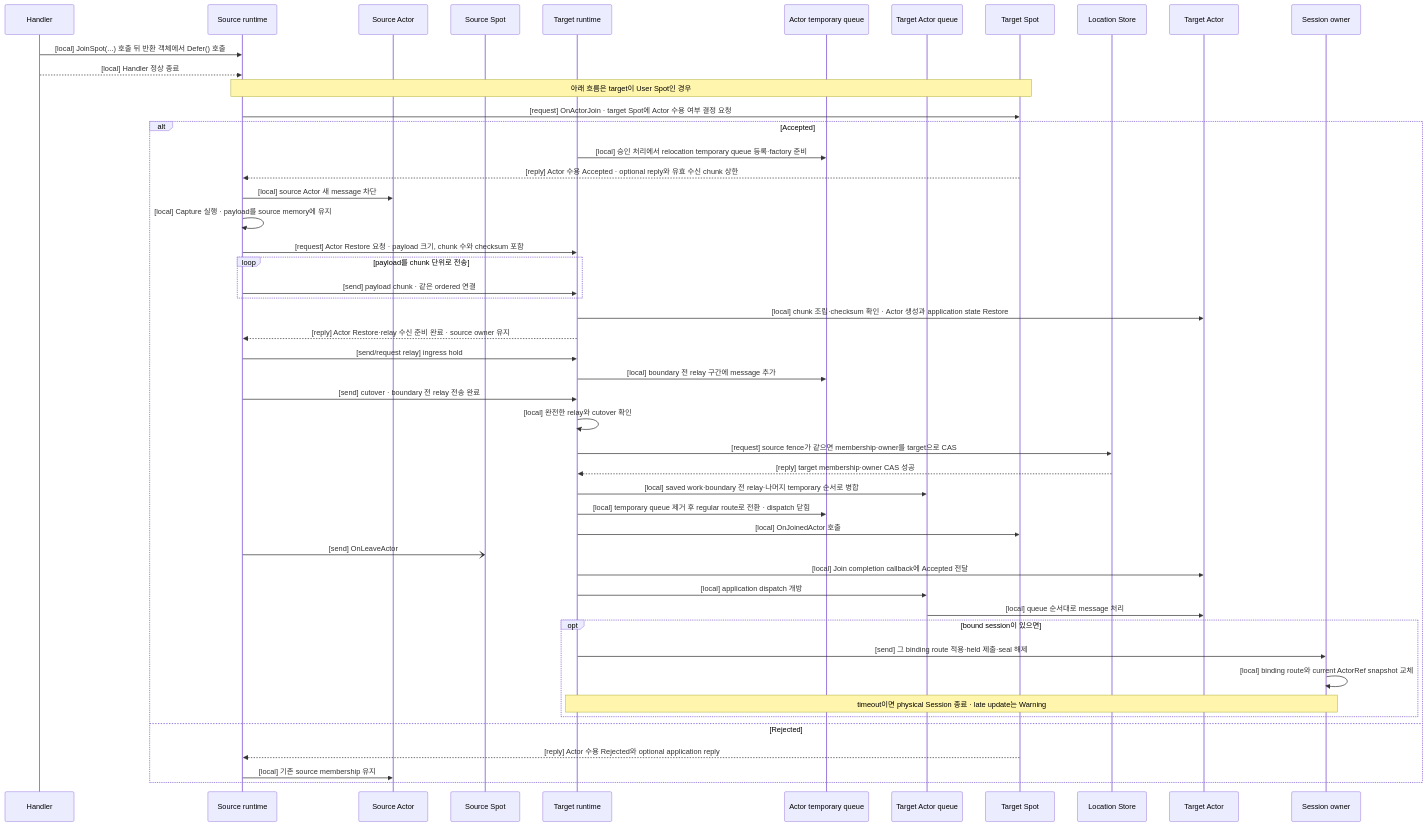
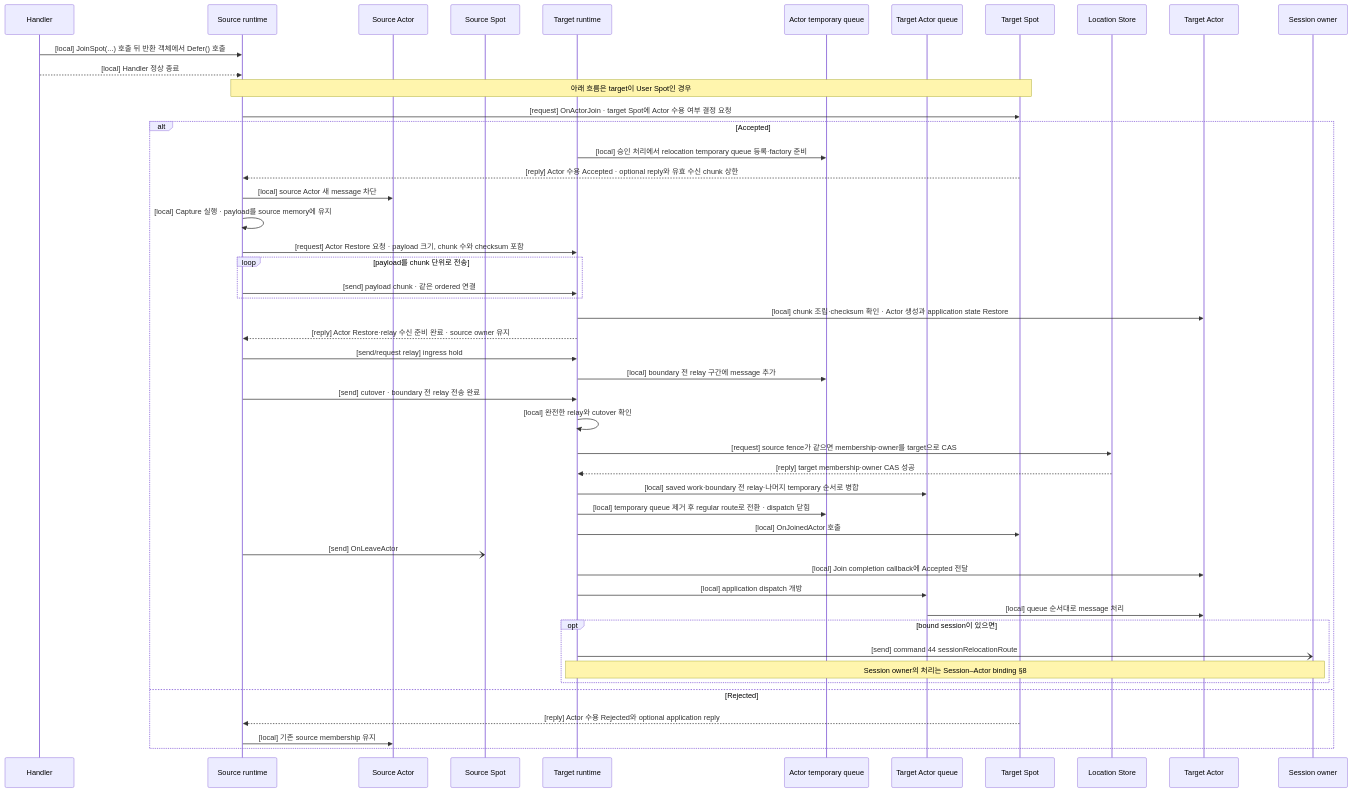
One commit to zlink-systems/zlink changed the second of 3 diagrams in framework/doc/framework/common/spec/server/03-spot-actor/05-spot-actor-membership.ko.md. Above: the diagram before and after it, drawn with Mermaid. The commit also changed other lines of this file and 11 other files, not shown here.

````diff
--- a/framework/doc/framework/common/spec/server/03-spot-actor/05-spot-actor-membership.ko.md
+++ b/framework/doc/framework/common/spec/server/03-spot-actor/05-spot-actor-membership.ko.md
@@ -509,52 +506,51 @@
 ```mermaid
 sequenceDiagram
     participant Handler
     participant SourceRuntime as Source runtime
     participant SourceActor as Source Actor
     participant SourceSpot as Source Spot
     participant TargetRuntime as Target runtime
     participant TargetTemp as Actor temporary queue
     participant TargetQueue as Target Actor queue
     participant TargetSpot as Target Spot
     participant LocationStore as Location Store
     participant TargetActor as Target Actor
     participant SessionOwner as Session owner
 
     Handler->>SourceRuntime: [local] JoinSpot(...) 호출 뒤 반환 객체에서 Defer() 호출
     Handler-->>SourceRuntime: [local] Handler 정상 종료
     Note over SourceRuntime,TargetSpot: 아래 흐름은 target이 User Spot인 경우
     SourceRuntime->>TargetSpot: [request] OnActorJoin · target Spot에 Actor 수용 여부 결정 요청
     alt Accepted
         TargetRuntime->>TargetTemp: [local] 승인 처리에서 relocation temporary queue 등록·factory 준비
         TargetSpot-->>SourceRuntime: [reply] Actor 수용 Accepted · optional reply와 유효 수신 chunk 상한
         SourceRuntime->>SourceActor: [local] source Actor 새 message 차단
         SourceRuntime->>SourceRuntime: [local] Capture 실행 · payload를 source memory에 유지
         SourceRuntime->>TargetRuntime: [request] Actor Restore 요청 · payload 크기, chunk 수와 checksum 포함
         loop payload를 chunk 단위로 전송
             SourceRuntime->>TargetRuntime: [send] payload chunk · 같은 ordered 연결
         end
         TargetRuntime->>TargetActor: [local] chunk 조립·checksum 확인 · Actor 생성과 application state Restore
         TargetRuntime-->>SourceRuntime: [reply] Actor Restore·relay 수신 준비 완료 · source owner 유지
         SourceRuntime->>TargetRuntime: [send/request relay] ingress hold
         TargetRuntime->>TargetTemp: [local] boundary 전 relay 구간에 message 추가
         SourceRuntime->>TargetRuntime: [send] cutover · boundary 전 relay 전송 완료
         TargetRuntime->>TargetRuntime: [local] 완전한 relay와 cutover 확인
         TargetRuntime->>LocationStore: [request] source fence가 같으면 membership·owner를 target으로 CAS
         LocationStore-->>TargetRuntime: [reply] target membership·owner CAS 성공
         TargetRuntime->>TargetQueue: [local] saved work·boundary 전 relay·나머지 temporary 순서로 병합
         TargetRuntime->>TargetTemp: [local] temporary queue 제거 후 regular route로 전환 · dispatch 닫힘
         TargetRuntime->>TargetSpot: [local] OnJoinedActor 호출
         SourceRuntime-)SourceSpot: [send] OnLeaveActor
         TargetRuntime->>TargetActor: [local] Join completion callback에 Accepted 전달
         TargetRuntime->>TargetQueue: [local] application dispatch 개방
         TargetQueue->>TargetActor: [local] queue 순서대로 message 처리
         opt bound session이 있으면
-            TargetRuntime->>SessionOwner: [send] 그 binding route 적용·held 제출·seal 해제
-            SessionOwner->>SessionOwner: [local] binding route와 current ActorRef snapshot 교체
-            Note over TargetRuntime,SessionOwner: timeout이면 physical Session 종료 · late update는 Warning
+            TargetRuntime-)SessionOwner: [send] command 44 sessionRelocationRoute
+            Note over TargetRuntime,SessionOwner: Session owner의 처리는 Session–Actor binding §8
         end
     else Rejected
         TargetSpot-->>SourceRuntime: [reply] Actor 수용 Rejected와 optional application reply
         SourceRuntime->>SourceActor: [local] 기존 source membership 유지
     end
 ```
````
